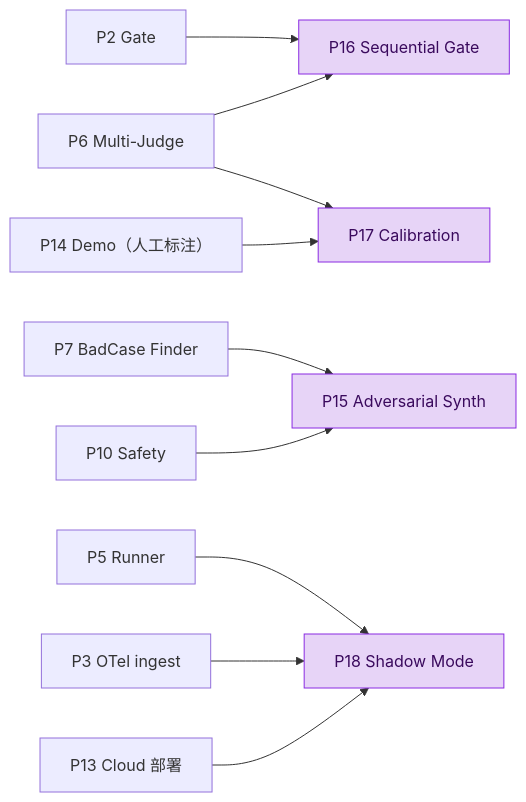
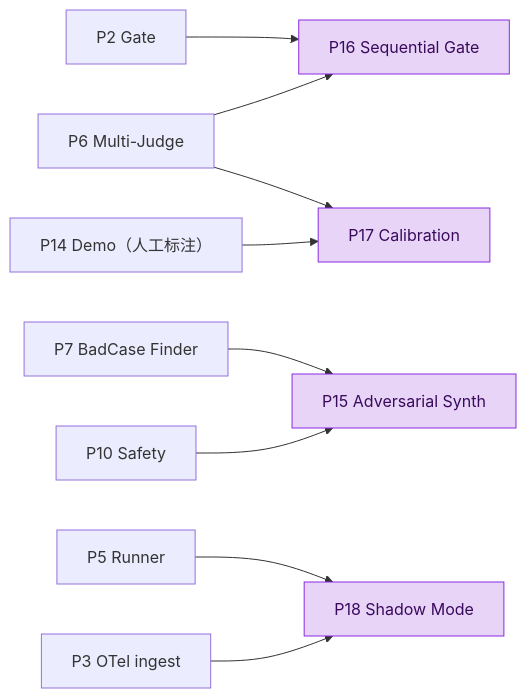
One commit to AndyUneducated/eval-gate changed the second of 2 diagrams in docs/ROADMAP.md. Above: the diagram before and after it, drawn with Mermaid. The commit also changed other lines of this file and 12 other files, not shown here.

````diff
--- a/docs/ROADMAP.md
+++ b/docs/ROADMAP.md
@@ -250,15 +240,14 @@
 ```mermaid
 flowchart LR
     P2["P2 Gate"] --> P16["P16 Sequential Gate"]
     P6["P6 Multi-Judge"] --> P16
     P7["P7 BadCase Finder"] --> P15["P15 Adversarial Synth"]
     P10["P10 Safety"] --> P15
     P6 --> P17["P17 Calibration"]
     P14["P14 Demo（人工标注）"] --> P17
     P5["P5 Runner"] --> P18["P18 Shadow Mode"]
     P3["P3 OTel ingest"] --> P18
-    P13["P13 Cloud 部署"] --> P18
 
     classDef hl fill:#e7d4f7,stroke:#8a2be2,color:#3a0a5d;
     class P15,P16,P17,P18 hl;
 ```
````
